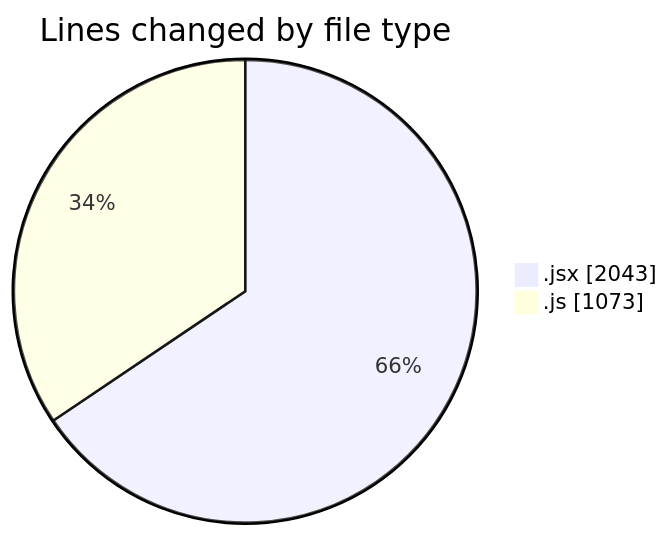
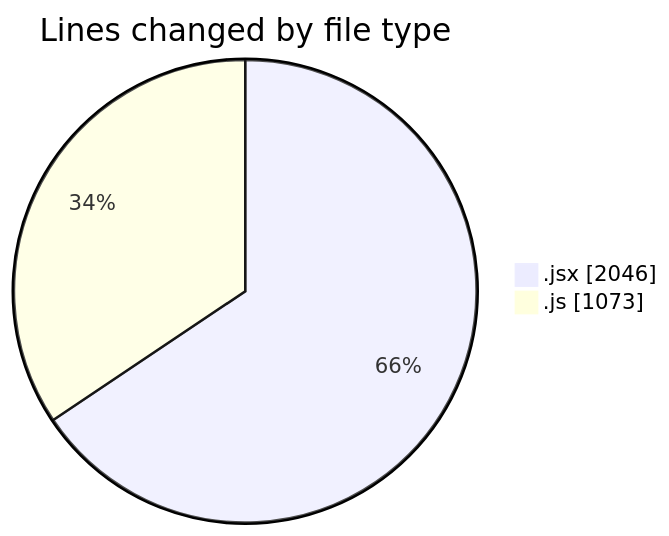
The first of 2 diagrams in 2025-06-04/nxtqube_webapp/README.md (nxtqubesakshisongat/code-tracking), drawn with Mermaid before and after one commit. The commit also changed other lines of this file and 1 other file, not shown here.

````diff
--- a/2025-06-04/nxtqube_webapp/README.md
+++ b/2025-06-04/nxtqube_webapp/README.md
@@ -26,6 +26,6 @@
 ```mermaid
 pie showData
 title Lines changed by file type
-".jsx" : 2043
+".jsx" : 2046
 ".js" : 1073
 ```
````
